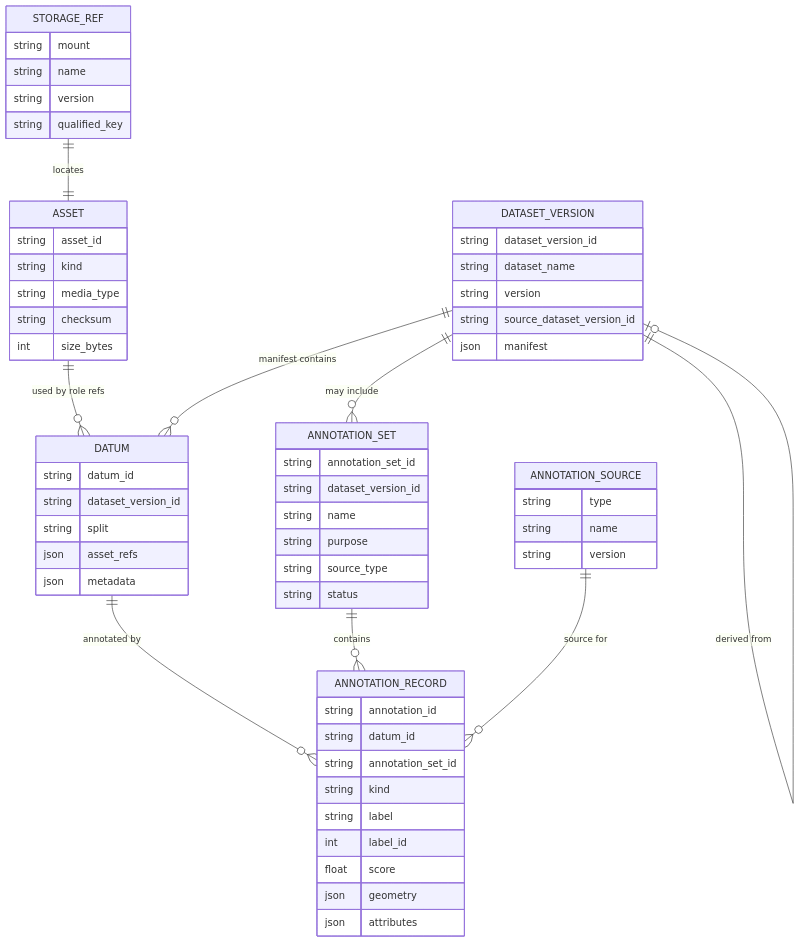
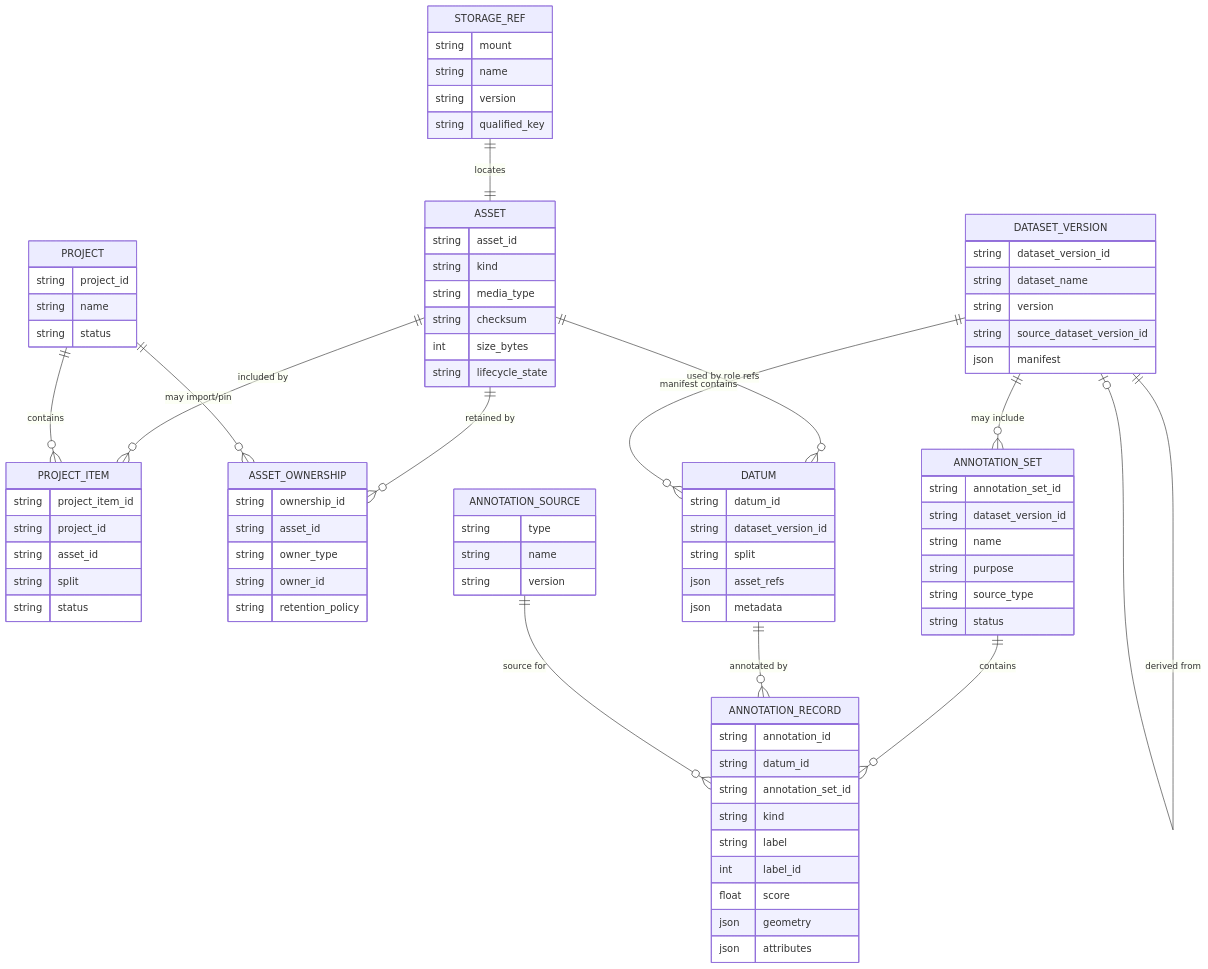
One commit to Mindtrace/mindtrace changed the seventh of 7 diagrams in docs/datalake-v3-proposal.md. Above: the diagram before and after it, drawn with Mermaid. The commit also changed other lines of this file, not shown here.

````diff
--- a/docs/datalake-v3-proposal.md
+++ b/docs/datalake-v3-proposal.md
@@ -786,6 +726,10 @@
 ```mermaid
 erDiagram
     STORAGE_REF ||--|| ASSET : "locates"
+    ASSET ||--o{ PROJECT_ITEM : "included by"
+    PROJECT ||--o{ PROJECT_ITEM : "contains"
+    ASSET ||--o{ ASSET_OWNERSHIP : "retained by"
+    PROJECT ||--o{ ASSET_OWNERSHIP : "may import/pin"
     ASSET ||--o{ DATUM : "used by role refs"
     DATASET_VERSION ||--o{ DATUM : "manifest contains"
     DATASET_VERSION ||--o{ ANNOTATION_SET : "may include"
@@ -807,6 +751,29 @@
         string media_type
         string checksum
         int size_bytes
+        string lifecycle_state
+    }
+
+    PROJECT {
+        string project_id
+        string name
+        string status
+    }
+
+    PROJECT_ITEM {
+        string project_item_id
+        string project_id
+        string asset_id
+        string split
+        string status
+    }
+
+    ASSET_OWNERSHIP {
+        string ownership_id
+        string asset_id
+        string owner_type
+        string owner_id
+        string retention_policy
     }
 
     DATUM {
````
